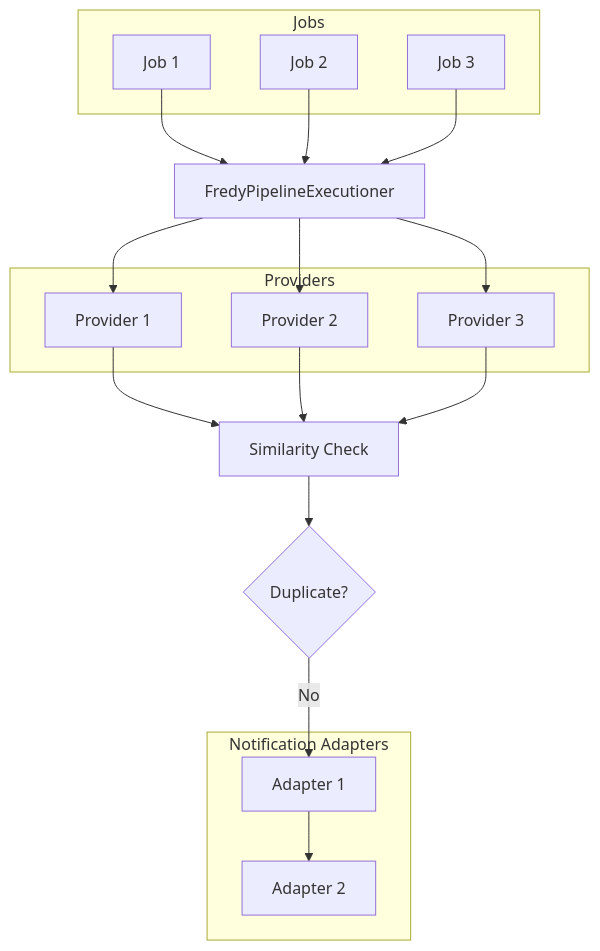
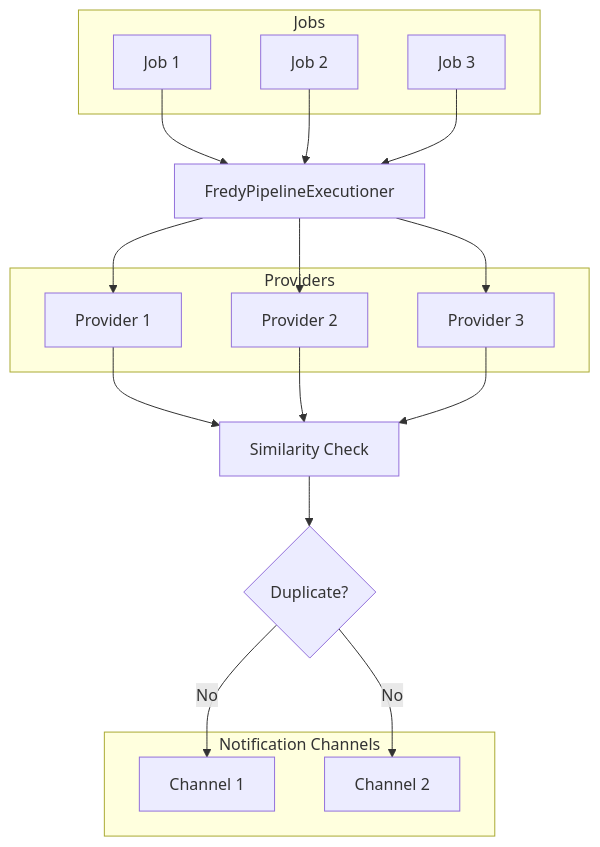
One commit to orangecoding/fredy changed the diagram in README.md. Above: the diagram before and after it, drawn with Mermaid. The commit also changed other lines of this file and 5 other files, not shown here.

Commit message:
adapting readme to new notification channels

````diff
--- a/README.md
+++ b/README.md
@@ -527,28 +528,27 @@
 ``` mermaid
 flowchart TD
  subgraph Jobs["Jobs"]
         A1["Job 1"]
         A2["Job 2"]
         A3["Job 3"]
   end
  subgraph Providers["Providers"]
         C1["Provider 1"]
         C2["Provider 2"]
         C3["Provider 3"]
   end
- subgraph NotificationAdapters["Notification Adapters"]
-        F1["Adapter 1"]
-        F2["Adapter 2"]
+ subgraph NotificationChannels["Notification Channels"]
+        F1["Channel 1"]
+        F2["Channel 2"]
   end
 
     A1 --> B["FredyPipelineExecutioner"]
     A2 --> B
     A3 --> B
     B --> C1 & C2 & C3
     C1 --> D["Similarity Check"]
     C2 --> D
     C3 --> D
     D --> E{"Duplicate?"}
-    E -- No --> F1
-    F1 --> F2
+    E -- No --> F1 & F2
 ```
````
